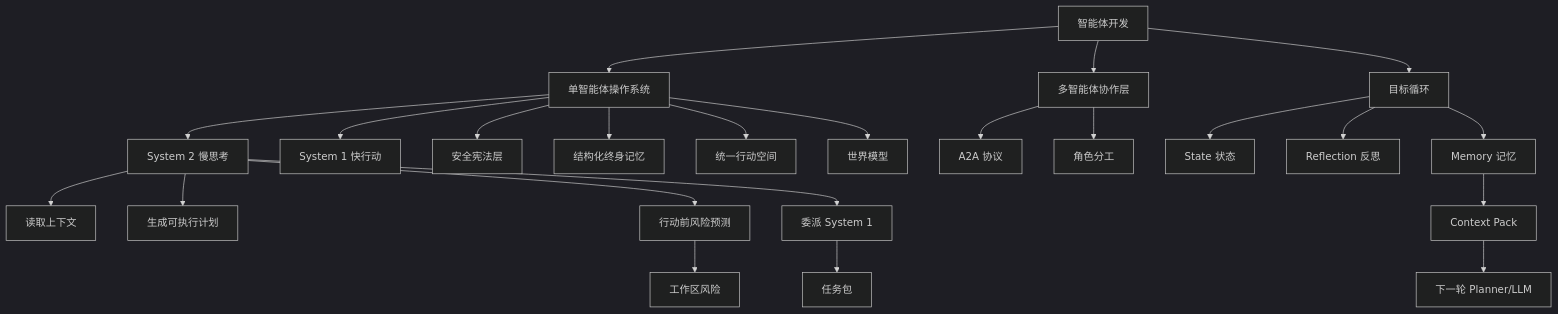
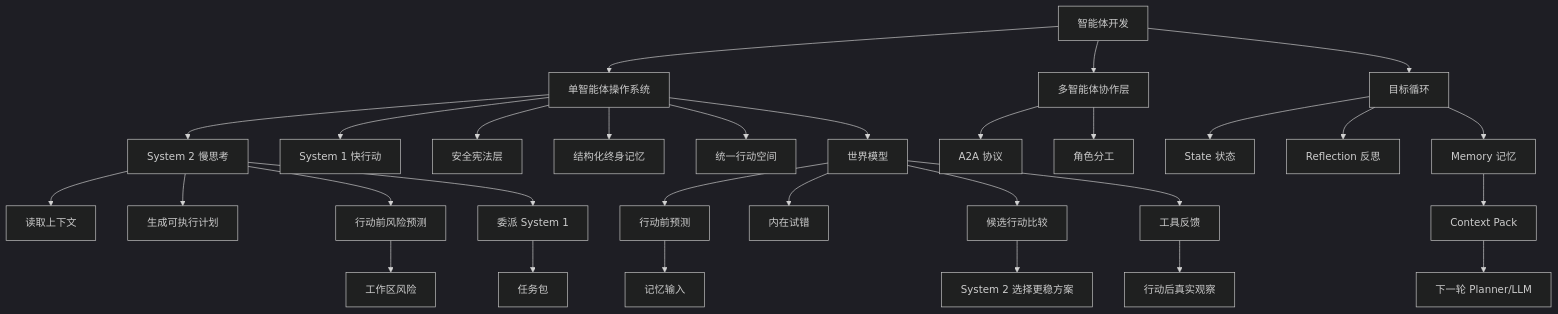
One commit to Wlx682/AI-Work-Kit changed the diagram in Plans/Epic/2026-07-08-智能体开发.md. Above: the diagram before and after it, drawn with Mermaid (dark theme). The commit also changed other lines of this file and 17 other files, not shown here.

````diff
--- a/Plans/Epic/2026-07-08-智能体开发.md
+++ b/Plans/Epic/2026-07-08-智能体开发.md
@@ -151,25 +152,32 @@
 ```mermaid
 graph TD
   A[智能体开发] --> B[单智能体操作系统]
   A --> C[多智能体协作层]
   A --> L[目标循环]
   L --> M[State 状态]
   L --> N[Reflection 反思]
   L --> O[Memory 记忆]
   O --> P[Context Pack]
   P --> Q[下一轮 Planner/LLM]
   B --> D[System 2 慢思考]
   D --> D1[读取上下文]
   D --> D2[生成可执行计划]
   D --> D3[行动前风险预测]
   D --> D4[委派 System 1]
   D3 --> D5[工作区风险]
   D4 --> D6[任务包]
   B --> E[System 1 快行动]
   B --> F[安全宪法层]
   B --> G[结构化终身记忆]
   B --> H[统一行动空间]
   B --> I[世界模型]
+  I --> I1[行动前预测]
+  I --> I2[内在试错]
+  I --> I3[候选行动比较]
+  I1 --> I4[记忆输入]
+  I3 --> I5[System 2 选择更稳方案]
+  I --> I6[工具反馈]
+  I6 --> I7[行动后真实观察]
   C --> J[A2A 协议]
   C --> K[角色分工]
 ```
````
